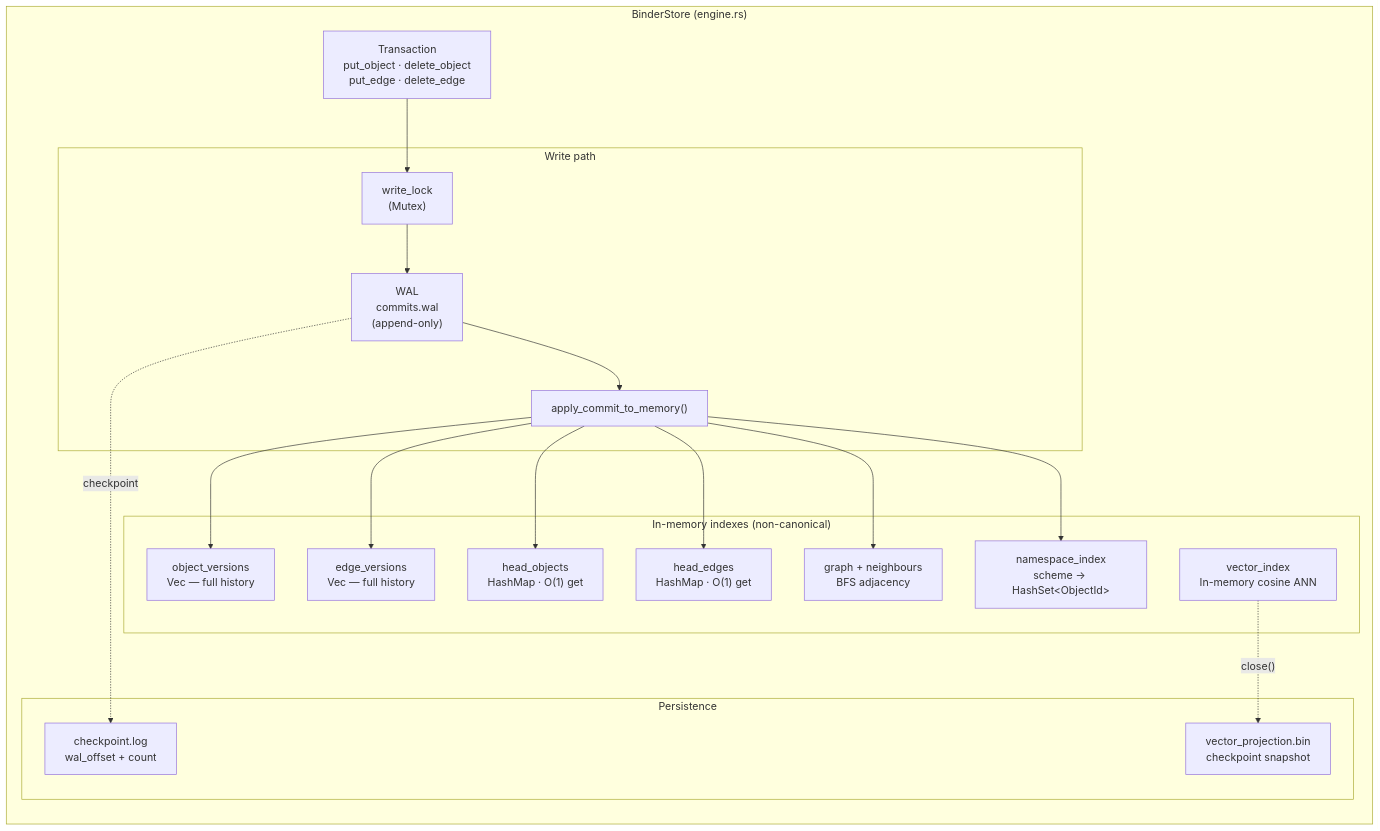
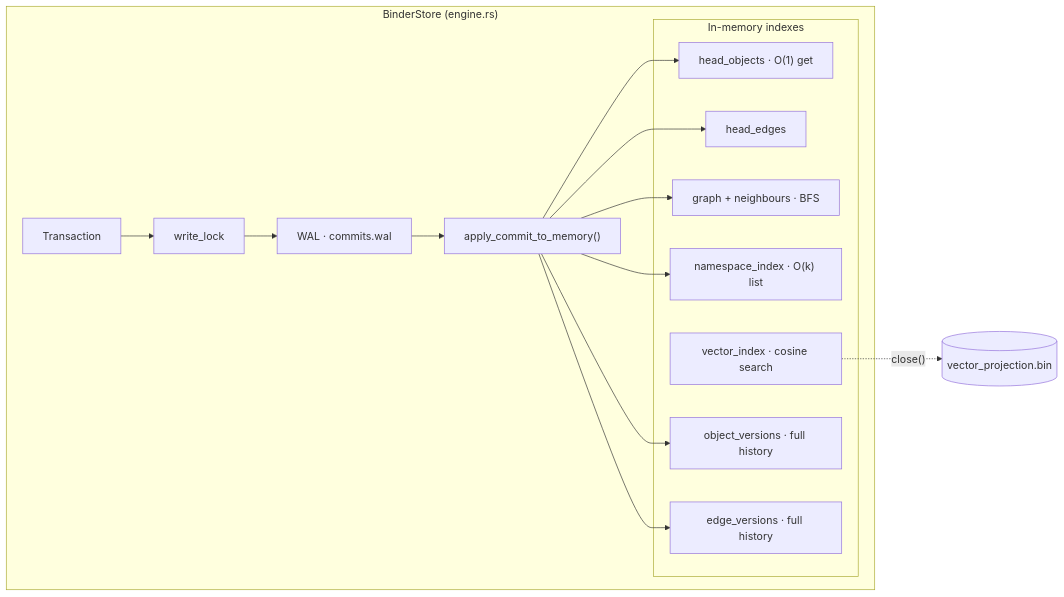
One commit to dpkimball/bindb changed the second of 2 diagrams in README.md. Above: the diagram before and after it, drawn with Mermaid. The commit also changed other lines of this file and 4 other files, not shown here.

````diff
--- a/README.md
+++ b/README.md
@@ -36,32 +190,23 @@
 ```mermaid
 graph LR
     subgraph "BinderStore (engine.rs)"
-        TX["Transaction\nput_object · delete_object\nput_edge · delete_edge"]
+        TX["Transaction"]
+        WL["write_lock"]
+        WAL2["WAL · commits.wal"]
+        AIM["apply_commit_to_memory()"]
 
-        subgraph "Write path"
-            WL["write_lock\n(Mutex)"]
-            WAL["WAL\ncommits.wal\n(append-only)"]
-            AIM["apply_commit_to_memory()"]
-        end
-
-        subgraph "In-memory indexes (non-canonical)"
-            OV["object_versions\nVec — full history"]
-            EV["edge_versions\nVec — full history"]
-            HO["head_objects\nHashMap · O(1) get"]
-            HE["head_edges\nHashMap · O(1) get"]
-            GR["graph + neighbours\nBFS adjacency"]
-            NI["namespace_index\nscheme → HashSet&lt;ObjectId&gt;"]
-            VI["vector_index\nIn-memory cosine ANN"]
-        end
-
-        subgraph "Persistence"
-            CKP["checkpoint.log\nwal_offset + count"]
-            VCP["vector_projection.bin\ncheckpoint snapshot"]
+        subgraph "In-memory indexes"
+            HO["head_objects · O(1) get"]
+            HE["head_edges"]
+            GR["graph + neighbours · BFS"]
+            NI["namespace_index · O(k) list"]
+            VI["vector_index · cosine search"]
+            OV["object_versions · full history"]
+            EV["edge_versions · full history"]
         end
     end
 
-    TX --> WL --> WAL --> AIM
-    AIM --> OV & EV & HO & HE & GR & NI
-    WAL -.checkpoint.-> CKP
-    VI -.close().-> VCP
+    TX --> WL --> WAL2 --> AIM
+    AIM --> HO & HE & GR & NI & OV & EV
+    VI -.close().-> disk[("vector_projection.bin")]
 ```
````
